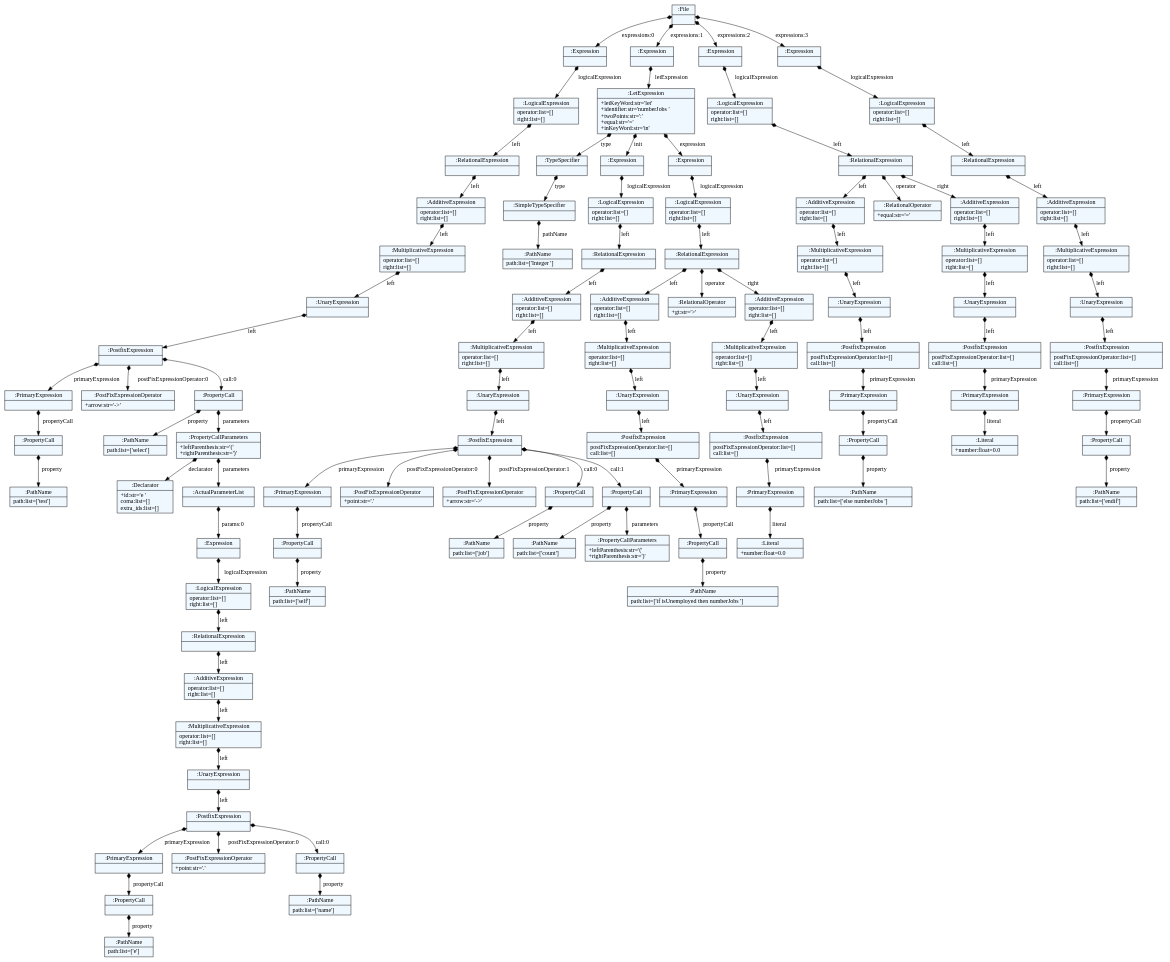
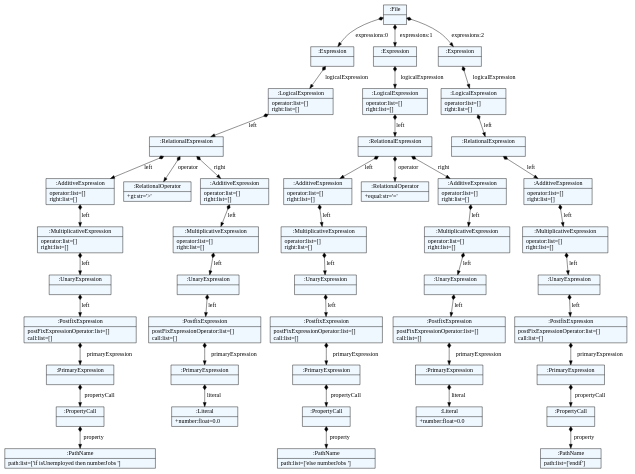
One commit to Beuchey/OCL_Python changed the diagram in Transpilation/expression.ocl.dot. Above: the diagram before and after it, drawn with Graphviz. The commit also changed 3 other files, not shown here.

```diff
--- a/Transpilation/expression.ocl.dot
+++ b/Transpilation/expression.ocl.dot
@@ -11,196 +11,94 @@
     edge[dir=black,arrowtail=empty]
 
 
-47922288 -> 47923056 [label="expressions:0" arrowtail=diamond dir=both]
-47923056 -> 47956880 [label="logicalExpression" arrowtail=diamond dir=both]
-47956880 -> 47956688 [label="left" arrowtail=diamond dir=both]
-47956688 -> 47959600 [label="left" arrowtail=diamond dir=both]
-47959600 -> 47956752 [label="left" arrowtail=diamond dir=both]
-47956752 -> 47956944 [label="left" arrowtail=diamond dir=both]
-47956944 -> 47959664 [label="left" arrowtail=diamond dir=both]
-47959664 -> 47959216 [label="primaryExpression" arrowtail=diamond dir=both]
-47959216 -> 47957424 [label="propertyCall" arrowtail=diamond dir=both]
-47957424 -> 47958032 [label="property" arrowtail=diamond dir=both]
-47958032[label="{:PathName|path:list=['test']\l}"]
-47957424[label="{:PropertyCall|}"]
-47959216[label="{:PrimaryExpression|}"]
-47959664 -> 47957392 [label="postFixExpressionOperator:0" arrowtail=diamond dir=both]
-47957392[label="{:PostFixExpressionOperator|+arrow:str='-\>'\l}"]
-47959664 -> 47958864 [label="call:0" arrowtail=diamond dir=both]
-47958864 -> 47958832 [label="property" arrowtail=diamond dir=both]
-47958832[label="{:PathName|path:list=['select']\l}"]
-47958864 -> 47958320 [label="parameters" arrowtail=diamond dir=both]
-47958320 -> 47957552 [label="declarator" arrowtail=diamond dir=both]
-47957552[label="{:Declarator|+id:str='e '\lcoma:list=[]\lextra_ids:list=[]\l}"]
-47958320 -> 47959184 [label="parameters" arrowtail=diamond dir=both]
-47959184 -> 47959984 [label="params:0" arrowtail=diamond dir=both]
-47959984 -> 47959824 [label="logicalExpression" arrowtail=diamond dir=both]
-47959824 -> 48082864 [label="left" arrowtail=diamond dir=both]
-48082864 -> 48081680 [label="left" arrowtail=diamond dir=both]
-48081680 -> 48081328 [label="left" arrowtail=diamond dir=both]
-48081328 -> 48080240 [label="left" arrowtail=diamond dir=both]
-48080240 -> 48079600 [label="left" arrowtail=diamond dir=both]
-48079600 -> 48082192 [label="primaryExpression" arrowtail=diamond dir=both]
-48082192 -> 48082000 [label="propertyCall" arrowtail=diamond dir=both]
-48082000 -> 48081904 [label="property" arrowtail=diamond dir=both]
-48081904[label="{:PathName|path:list=['e']\l}"]
-48082000[label="{:PropertyCall|}"]
-48082192[label="{:PrimaryExpression|}"]
-48079600 -> 48082224 [label="postFixExpressionOperator:0" arrowtail=diamond dir=both]
-48082224[label="{:PostFixExpressionOperator|+point:str='.'\l}"]
-48079600 -> 48082160 [label="call:0" arrowtail=diamond dir=both]
-48082160 -> 48081968 [label="property" arrowtail=diamond dir=both]
-48081968[label="{:PathName|path:list=['name']\l}"]
-48082160[label="{:PropertyCall|}"]
-48079600[label="{:PostfixExpression|}"]
-48080240[label="{:UnaryExpression|}"]
-48081328[label="{:MultiplicativeExpression|operator:list=[]\lright:list=[]\l}"]
-48081680[label="{:AdditiveExpression|operator:list=[]\lright:list=[]\l}"]
-48082864[label="{:RelationalExpression|}"]
-47959824[label="{:LogicalExpression|operator:list=[]\lright:list=[]\l}"]
-47959984[label="{:Expression|}"]
-47959184[label="{:ActualParameterList|}"]
-47958320[label="{:PropertyCallParameters|+leftParenthesis:str='('\l+rightParenthesis:str=')'\l}"]
-47958864[label="{:PropertyCall|}"]
-47959664[label="{:PostfixExpression|}"]
-47956944[label="{:UnaryExpression|}"]
-47956752[label="{:MultiplicativeExpression|operator:list=[]\lright:list=[]\l}"]
-47959600[label="{:AdditiveExpression|operator:list=[]\lright:list=[]\l}"]
-47956688[label="{:RelationalExpression|}"]
-47956880[label="{:LogicalExpression|operator:list=[]\lright:list=[]\l}"]
-47923056[label="{:Expression|}"]
-47922288 -> 47919792 [label="expressions:1" arrowtail=diamond dir=both]
-47919792 -> 47957168 [label="letExpression" arrowtail=diamond dir=both]
-47957168 -> 47958064 [label="type" arrowtail=diamond dir=both]
-47958064 -> 47957296 [label="type" arrowtail=diamond dir=both]
-47957296 -> 47957744 [label="pathName" arrowtail=diamond dir=both]
-47957744[label="{:PathName|path:list=['Integer ']\l}"]
-47957296[label="{:SimpleTypeSpecifier|}"]
-47958064[label="{:TypeSpecifier|}"]
-47957168 -> 47958192 [label="init" arrowtail=diamond dir=both]
-47958192 -> 47958896 [label="logicalExpression" arrowtail=diamond dir=both]
-47958896 -> 47957904 [label="left" arrowtail=diamond dir=both]
-47957904 -> 47959760 [label="left" arrowtail=diamond dir=both]
-47959760 -> 47959952 [label="left" arrowtail=diamond dir=both]
-47959952 -> 48082352 [label="left" arrowtail=diamond dir=both]
-48082352 -> 48081360 [label="left" arrowtail=diamond dir=both]
-48081360 -> 48080016 [label="primaryExpression" arrowtail=diamond dir=both]
-48080016 -> 48078896 [label="propertyCall" arrowtail=diamond dir=both]
-48078896 -> 48079696 [label="property" arrowtail=diamond dir=both]
-48079696[label="{:PathName|path:list=['self']\l}"]
-48078896[label="{:PropertyCall|}"]
-48080016[label="{:PrimaryExpression|}"]
-48081360 -> 48079888 [label="postFixExpressionOperator:0" arrowtail=diamond dir=both]
-48079888[label="{:PostFixExpressionOperator|+point:str='.'\l}"]
-48081360 -> 48082896 [label="postFixExpressionOperator:1" arrowtail=diamond dir=both]
-48082896[label="{:PostFixExpressionOperator|+arrow:str='-\>'\l}"]
-48081360 -> 48079248 [label="call:0" arrowtail=diamond dir=both]
-48079248 -> 48081200 [label="property" arrowtail=diamond dir=both]
-48081200[label="{:PathName|path:list=['job']\l}"]
-48079248[label="{:PropertyCall|}"]
-48081360 -> 48082416 [label="call:1" arrowtail=diamond dir=both]
-48082416 -> 48081168 [label="property" arrowtail=diamond dir=both]
-48081168[label="{:PathName|path:list=['count']\l}"]
-48082416 -> 48079760 [label="parameters" arrowtail=diamond dir=both]
-48079760[label="{:PropertyCallParameters|+leftParenthesis:str='('\l+rightParenthesis:str=')'\l}"]
-48082416[label="{:PropertyCall|}"]
-48081360[label="{:PostfixExpression|}"]
-48082352[label="{:UnaryExpression|}"]
-47959952[label="{:MultiplicativeExpression|operator:list=[]\lright:list=[]\l}"]
-47959760[label="{:AdditiveExpression|operator:list=[]\lright:list=[]\l}"]
-47957904[label="{:RelationalExpression|}"]
-47958896[label="{:LogicalExpression|operator:list=[]\lright:list=[]\l}"]
-47958192[label="{:Expression|}"]
-47957168 -> 47957584 [label="expression" arrowtail=diamond dir=both]
-47957584 -> 47956720 [label="logicalExpression" arrowtail=diamond dir=both]
-47956720 -> 47958512 [label="left" arrowtail=diamond dir=both]
-47958512 -> 47580048 [label="left" arrowtail=diamond dir=both]
-47580048 -> 48081040 [label="left" arrowtail=diamond dir=both]
-48081040 -> 48081136 [label="left" arrowtail=diamond dir=both]
-48081136 -> 48081936 [label="left" arrowtail=diamond dir=both]
-48081936 -> 48082448 [label="primaryExpression" arrowtail=diamond dir=both]
-48082448 -> 48036304 [label="propertyCall" arrowtail=diamond dir=both]
-48036304 -> 48036976 [label="property" arrowtail=diamond dir=both]
-48036976[label="{:PathName|path:list=['if  isUnemployed then numberJobs ']\l}"]
-48036304[label="{:PropertyCall|}"]
-48082448[label="{:PrimaryExpression|}"]
-48081936[label="{:PostfixExpression|postFixExpressionOperator:list=[]\lcall:list=[]\l}"]
-48081136[label="{:UnaryExpression|}"]
-48081040[label="{:MultiplicativeExpression|operator:list=[]\lright:list=[]\l}"]
-47580048[label="{:AdditiveExpression|operator:list=[]\lright:list=[]\l}"]
-47958512 -> 48081872 [label="operator" arrowtail=diamond dir=both]
-48081872[label="{:RelationalOperator|+gt:str='\>'\l}"]
-47958512 -> 48081520 [label="right" arrowtail=diamond dir=both]
-48081520 -> 48081648 [label="left" arrowtail=diamond dir=both]
-48081648 -> 48082384 [label="left" arrowtail=diamond dir=both]
-48082384 -> 48035888 [label="left" arrowtail=diamond dir=both]
-48035888 -> 48036624 [label="primaryExpression" arrowtail=diamond dir=both]
-48036624 -> 48036048 [label="literal" arrowtail=diamond dir=both]
-48036048[label="{:Literal|+number:float=0.0\l}"]
-48036624[label="{:PrimaryExpression|}"]
-48035888[label="{:PostfixExpression|postFixExpressionOperator:list=[]\lcall:list=[]\l}"]
-48082384[label="{:UnaryExpression|}"]
-48081648[label="{:MultiplicativeExpression|operator:list=[]\lright:list=[]\l}"]
-48081520[label="{:AdditiveExpression|operator:list=[]\lright:list=[]\l}"]
-47958512[label="{:RelationalExpression|}"]
-47956720[label="{:LogicalExpression|operator:list=[]\lright:list=[]\l}"]
-47957584[label="{:Expression|}"]
-47957168[label="{:LetExpression|+letKeyWord:str='let'\l+identifier:str='numberJobs '\l+twoPoints:str=':'\l+equal:str='='\l+inKeyWord:str='in'\l}"]
-47919792[label="{:Expression|}"]
-47922288 -> 43744464 [label="expressions:2" arrowtail=diamond dir=both]
-43744464 -> 47957936 [label="logicalExpression" arrowtail=diamond dir=both]
-47957936 -> 47957616 [label="left" arrowtail=diamond dir=both]
-47957616 -> 47959728 [label="left" arrowtail=diamond dir=both]
-47959728 -> 48081712 [label="left" arrowtail=diamond dir=both]
-48081712 -> 48037136 [label="left" arrowtail=diamond dir=both]
-48037136 -> 48036688 [label="left" arrowtail=diamond dir=both]
-48036688 -> 48034224 [label="primaryExpression" arrowtail=diamond dir=both]
-48034224 -> 48034384 [label="propertyCall" arrowtail=diamond dir=both]
-48034384 -> 48034960 [label="property" arrowtail=diamond dir=both]
-48034960[label="{:PathName|path:list=['else numberJobs ']\l}"]
-48034384[label="{:PropertyCall|}"]
-48034224[label="{:PrimaryExpression|}"]
-48036688[label="{:PostfixExpression|postFixExpressionOperator:list=[]\lcall:list=[]\l}"]
-48037136[label="{:UnaryExpression|}"]
-48081712[label="{:MultiplicativeExpression|operator:list=[]\lright:list=[]\l}"]
-47959728[label="{:AdditiveExpression|operator:list=[]\lright:list=[]\l}"]
-47957616 -> 48080304 [label="operator" arrowtail=diamond dir=both]
-48080304[label="{:RelationalOperator|+equal:str='='\l}"]
-47957616 -> 48081072 [label="right" arrowtail=diamond dir=both]
-48081072 -> 48034800 [label="left" arrowtail=diamond dir=both]
-48034800 -> 48037296 [label="left" arrowtail=diamond dir=both]
-48037296 -> 48034928 [label="left" arrowtail=diamond dir=both]
-48034928 -> 48035312 [label="primaryExpression" arrowtail=diamond dir=both]
-48035312 -> 48036016 [label="literal" arrowtail=diamond dir=both]
-48036016[label="{:Literal|+number:float=0.0\l}"]
-48035312[label="{:PrimaryExpression|}"]
-48034928[label="{:PostfixExpression|postFixExpressionOperator:list=[]\lcall:list=[]\l}"]
-48037296[label="{:UnaryExpression|}"]
-48034800[label="{:MultiplicativeExpression|operator:list=[]\lright:list=[]\l}"]
-48081072[label="{:AdditiveExpression|operator:list=[]\lright:list=[]\l}"]
-47957616[label="{:RelationalExpression|}"]
-47957936[label="{:LogicalExpression|operator:list=[]\lright:list=[]\l}"]
-43744464[label="{:Expression|}"]
-47922288 -> 48082064 [label="expressions:3" arrowtail=diamond dir=both]
-48082064 -> 47957136 [label="logicalExpression" arrowtail=diamond dir=both]
-47957136 -> 47956912 [label="left" arrowtail=diamond dir=both]
-47956912 -> 48035056 [label="left" arrowtail=diamond dir=both]
-48035056 -> 48035280 [label="left" arrowtail=diamond dir=both]
-48035280 -> 48036368 [label="left" arrowtail=diamond dir=both]
-48036368 -> 48037328 [label="left" arrowtail=diamond dir=both]
-48037328 -> 48035472 [label="primaryExpression" arrowtail=diamond dir=both]
-48035472 -> 48162800 [label="propertyCall" arrowtail=diamond dir=both]
-48162800 -> 48162608 [label="property" arrowtail=diamond dir=both]
-48162608[label="{:PathName|path:list=['endif']\l}"]
-48162800[label="{:PropertyCall|}"]
-48035472[label="{:PrimaryExpression|}"]
-48037328[label="{:PostfixExpression|postFixExpressionOperator:list=[]\lcall:list=[]\l}"]
-48036368[label="{:UnaryExpression|}"]
-48035280[label="{:MultiplicativeExpression|operator:list=[]\lright:list=[]\l}"]
-48035056[label="{:AdditiveExpression|operator:list=[]\lright:list=[]\l}"]
-47956912[label="{:RelationalExpression|}"]
-47957136[label="{:LogicalExpression|operator:list=[]\lright:list=[]\l}"]
-48082064[label="{:Expression|}"]
-47922288[label="{:File|}"]
+48888624 -> 48886480 [label="expressions:0" arrowtail=diamond dir=both]
+48886480 -> 48888688 [label="logicalExpression" arrowtail=diamond dir=both]
+48888688 -> 48887280 [label="left" arrowtail=diamond dir=both]
+48887280 -> 44595760 [label="left" arrowtail=diamond dir=both]
+44595760 -> 44594288 [label="left" arrowtail=diamond dir=both]
+44594288 -> 44595888 [label="left" arrowtail=diamond dir=both]
+44595888 -> 44595440 [label="left" arrowtail=diamond dir=both]
+44595440 -> 48984336 [label="primaryExpression" arrowtail=diamond dir=both]
+48984336 -> 48985616 [label="propertyCall" arrowtail=diamond dir=both]
+48985616 -> 48985264 [label="property" arrowtail=diamond dir=both]
+48985264[label="{:PathName|path:list=['if isUnemployed then numberJobs ']\l}"]
+48985616[label="{:PropertyCall|}"]
+48984336[label="{:PrimaryExpression|}"]
+44595440[label="{:PostfixExpression|postFixExpressionOperator:list=[]\lcall:list=[]\l}"]
+44595888[label="{:UnaryExpression|}"]
+44594288[label="{:MultiplicativeExpression|operator:list=[]\lright:list=[]\l}"]
+44595760[label="{:AdditiveExpression|operator:list=[]\lright:list=[]\l}"]
+48887280 -> 44595824 [label="operator" arrowtail=diamond dir=both]
+44595824[label="{:RelationalOperator|+gt:str='\>'\l}"]
+48887280 -> 44596048 [label="right" arrowtail=diamond dir=both]
+44596048 -> 44596464 [label="left" arrowtail=diamond dir=both]
+44596464 -> 44594864 [label="left" arrowtail=diamond dir=both]
+44594864 -> 48985360 [label="left" arrowtail=diamond dir=both]
+48985360 -> 48984944 [label="primaryExpression" arrowtail=diamond dir=both]
+48984944 -> 48984432 [label="literal" arrowtail=diamond dir=both]
+48984432[label="{:Literal|+number:float=0.0\l}"]
+48984944[label="{:PrimaryExpression|}"]
+48985360[label="{:PostfixExpression|postFixExpressionOperator:list=[]\lcall:list=[]\l}"]
+44594864[label="{:UnaryExpression|}"]
+44596464[label="{:MultiplicativeExpression|operator:list=[]\lright:list=[]\l}"]
+44596048[label="{:AdditiveExpression|operator:list=[]\lright:list=[]\l}"]
+48887280[label="{:RelationalExpression|}"]
+48888688[label="{:LogicalExpression|operator:list=[]\lright:list=[]\l}"]
+48886480[label="{:Expression|}"]
+48888624 -> 48889648 [label="expressions:1" arrowtail=diamond dir=both]
+48889648 -> 48888336 [label="logicalExpression" arrowtail=diamond dir=both]
+48888336 -> 44595184 [label="left" arrowtail=diamond dir=both]
+44595184 -> 44595568 [label="left" arrowtail=diamond dir=both]
+44595568 -> 48985232 [label="left" arrowtail=diamond dir=both]
+48985232 -> 48984368 [label="left" arrowtail=diamond dir=both]
+48984368 -> 48987632 [label="left" arrowtail=diamond dir=both]
+48987632 -> 48987056 [label="primaryExpression" arrowtail=diamond dir=both]
+48987056 -> 48984784 [label="propertyCall" arrowtail=diamond dir=both]
+48984784 -> 48985296 [label="property" arrowtail=diamond dir=both]
+48985296[label="{:PathName|path:list=['else numberJobs ']\l}"]
+48984784[label="{:PropertyCall|}"]
+48987056[label="{:PrimaryExpression|}"]
+48987632[label="{:PostfixExpression|postFixExpressionOperator:list=[]\lcall:list=[]\l}"]
+48984368[label="{:UnaryExpression|}"]
+48985232[label="{:MultiplicativeExpression|operator:list=[]\lright:list=[]\l}"]
+44595568[label="{:AdditiveExpression|operator:list=[]\lright:list=[]\l}"]
+44595184 -> 46331152 [label="operator" arrowtail=diamond dir=both]
+46331152[label="{:RelationalOperator|+equal:str='='\l}"]
+44595184 -> 48984624 [label="right" arrowtail=diamond dir=both]
+48984624 -> 48986000 [label="left" arrowtail=diamond dir=both]
+48986000 -> 48984656 [label="left" arrowtail=diamond dir=both]
+48984656 -> 48985104 [label="left" arrowtail=diamond dir=both]
+48985104 -> 48985520 [label="primaryExpression" arrowtail=diamond dir=both]
+48985520 -> 48985968 [label="literal" arrowtail=diamond dir=both]
+48985968[label="{:Literal|+number:float=0.0\l}"]
+48985520[label="{:PrimaryExpression|}"]
+48985104[label="{:PostfixExpression|postFixExpressionOperator:list=[]\lcall:list=[]\l}"]
+48984656[label="{:UnaryExpression|}"]
+48986000[label="{:MultiplicativeExpression|operator:list=[]\lright:list=[]\l}"]
+48984624[label="{:AdditiveExpression|operator:list=[]\lright:list=[]\l}"]
+44595184[label="{:RelationalExpression|}"]
+48888336[label="{:LogicalExpression|operator:list=[]\lright:list=[]\l}"]
+48889648[label="{:Expression|}"]
+48888624 -> 48889488 [label="expressions:2" arrowtail=diamond dir=both]
+48889488 -> 44595696 [label="logicalExpression" arrowtail=diamond dir=both]
+44595696 -> 48987760 [label="left" arrowtail=diamond dir=both]
+48987760 -> 48986768 [label="left" arrowtail=diamond dir=both]
+48986768 -> 48985488 [label="left" arrowtail=diamond dir=both]
+48985488 -> 48986736 [label="left" arrowtail=diamond dir=both]
+48986736 -> 48987216 [label="left" arrowtail=diamond dir=both]
+48987216 -> 48986608 [label="primaryExpression" arrowtail=diamond dir=both]
+48986608 -> 48849840 [label="propertyCall" arrowtail=diamond dir=both]
+48849840 -> 48851088 [label="property" arrowtail=diamond dir=both]
+48851088[label="{:PathName|path:list=['endif']\l}"]
+48849840[label="{:PropertyCall|}"]
+48986608[label="{:PrimaryExpression|}"]
+48987216[label="{:PostfixExpression|postFixExpressionOperator:list=[]\lcall:list=[]\l}"]
+48986736[label="{:UnaryExpression|}"]
+48985488[label="{:MultiplicativeExpression|operator:list=[]\lright:list=[]\l}"]
+48986768[label="{:AdditiveExpression|operator:list=[]\lright:list=[]\l}"]
+48987760[label="{:RelationalExpression|}"]
+44595696[label="{:LogicalExpression|operator:list=[]\lright:list=[]\l}"]
+48889488[label="{:Expression|}"]
+48888624[label="{:File|}"]
 
 }
```
